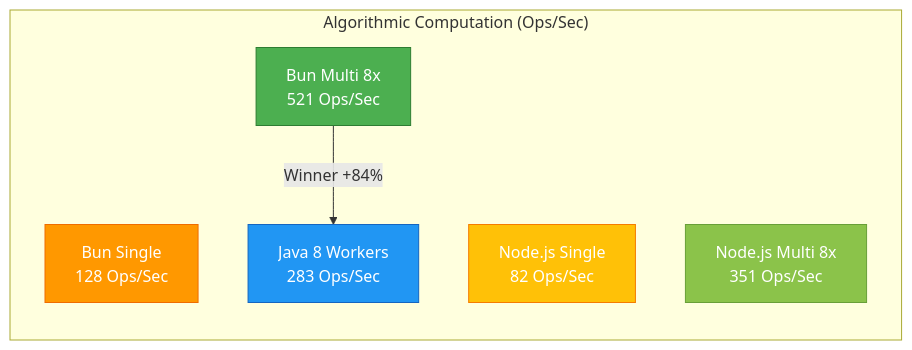
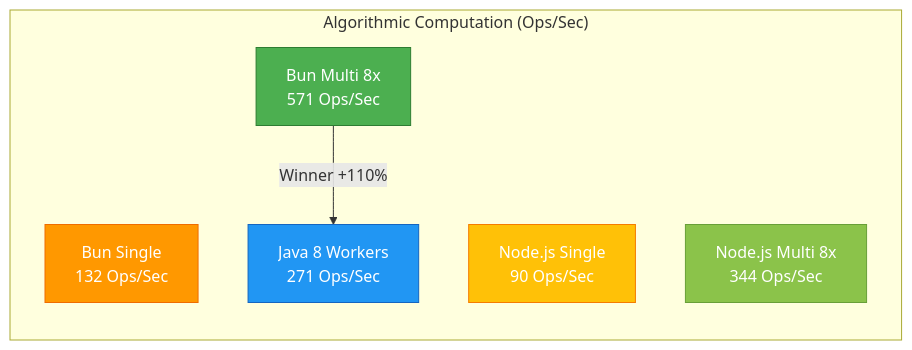
The third of 5 diagrams in readme.md (Frtrillo/benchmark-nodejs-java-process-mqtt-payloads), drawn with Mermaid before and after one commit. The commit also changed other lines of this file, not shown here.

Commit message:
actualizacion bun 1.2

````diff
--- a/readme.md
+++ b/readme.md
@@ -196,18 +196,18 @@
 ```mermaid
 graph LR
     subgraph "Algorithmic Computation (Ops/Sec)"
-        A[Bun Single<br/>128 Ops/Sec] 
-        B[Bun Multi 8x<br/>521 Ops/Sec]
-        C[Node.js Single<br/>82 Ops/Sec]
-        D[Node.js Multi 8x<br/>351 Ops/Sec]
-        E[Java 8 Workers<br/>283 Ops/Sec]
+        A[Bun Single<br/>132 Ops/Sec] 
+        B[Bun Multi 8x<br/>571 Ops/Sec]
+        C[Node.js Single<br/>90 Ops/Sec]
+        D[Node.js Multi 8x<br/>344 Ops/Sec]
+        E[Java 8 Workers<br/>271 Ops/Sec]
     end
     
-    B --> |Winner +84%| E
+    B --> |Winner +110%| E
     
     style B fill:#4CAF50,stroke:#2E7D32,color:#fff
     style D fill:#8BC34A,stroke:#689F38,color:#fff
     style E fill:#2196F3,stroke:#1565C0,color:#fff
     style A fill:#FF9800,stroke:#EF6C00,color:#fff
     style C fill:#FFC107,stroke:#F57C00,color:#fff
 ```
````
